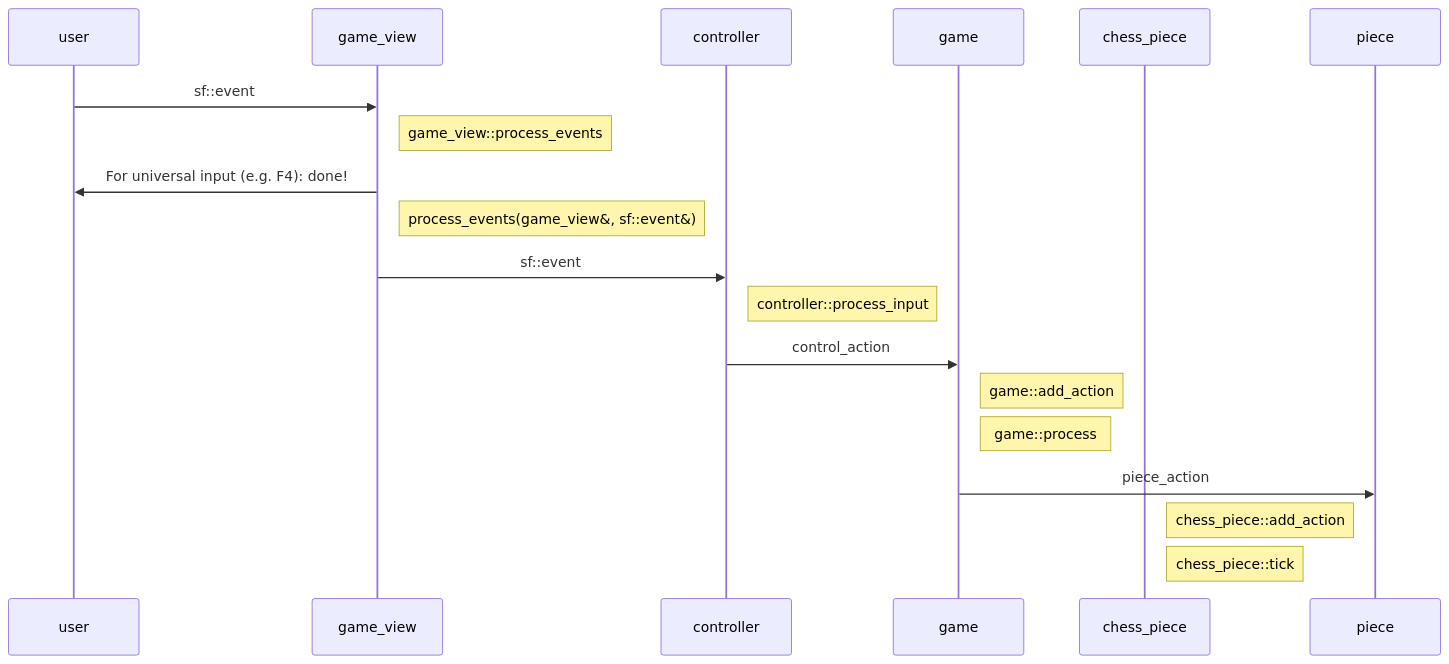
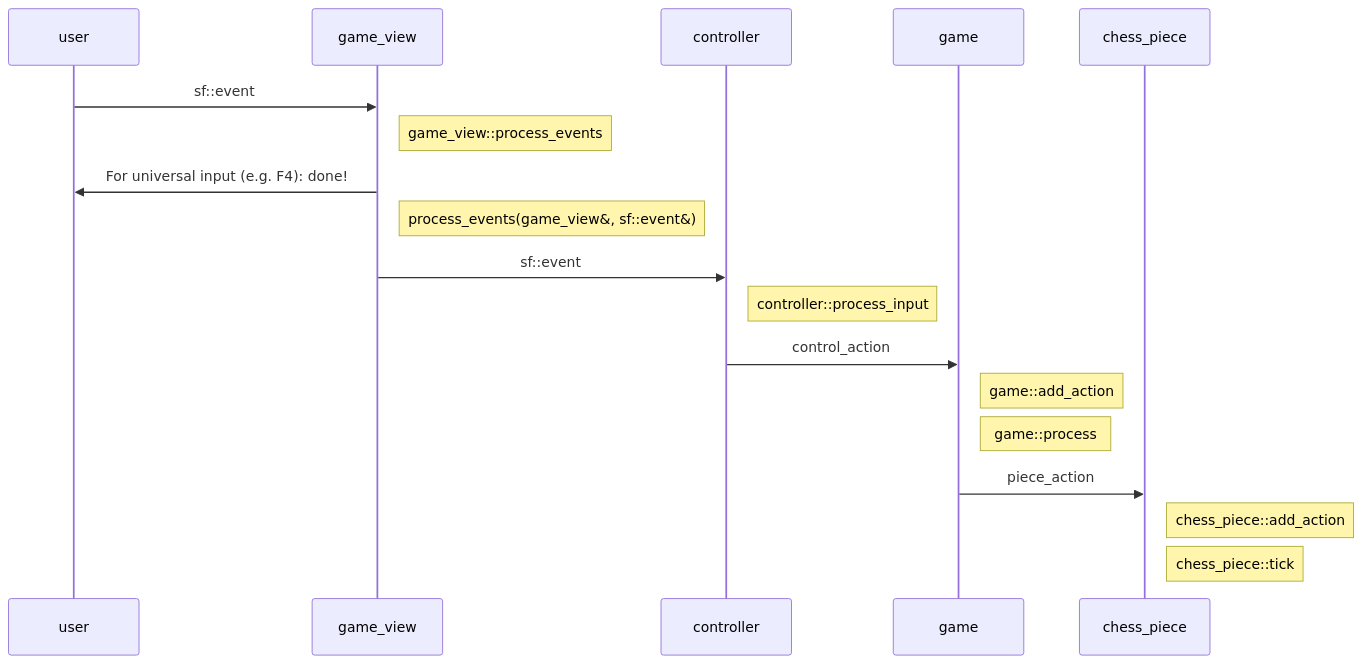
The first of 3 diagrams in architecture.md (richelbilderbeek/conquer_chess), drawn with Mermaid before and after one commit.

Commit message:
Fix mermaid diagram

````diff
--- a/architecture.md
+++ b/architecture.md
@@ -7,20 +7,20 @@
 ```mermaid
 sequenceDiagram
     participant user
     participant game_view
     participant controller
     participant game
     participant chess_piece
     user->>game_view: sf::event
     Note right of game_view: game_view::process_events
     game_view->>user: For universal input (e.g. F4): done!
     Note right of game_view: process_events(game_view&, sf::event&)
     game_view->>controller: sf::event
     Note right of controller: controller::process_input
     controller->>game: control_action
     Note right of game: game::add_action
     Note right of game: game::process
-    game->>piece: piece_action
+    game->>chess_piece: piece_action
     Note right of chess_piece: chess_piece::add_action
     Note right of chess_piece: chess_piece::tick
 ```
````
